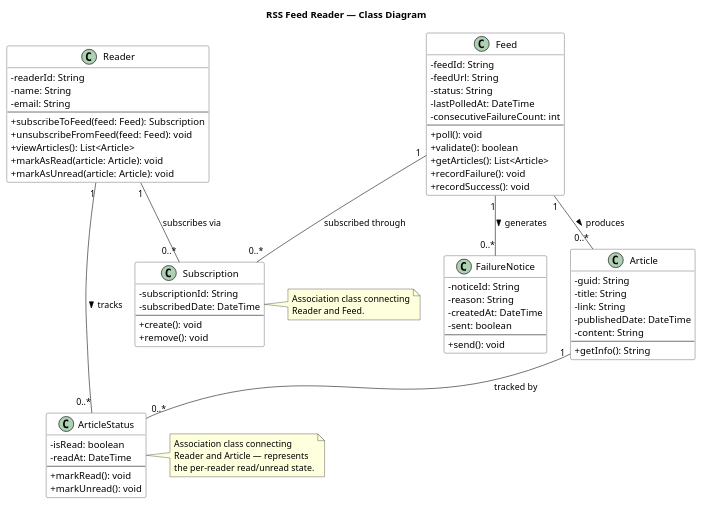
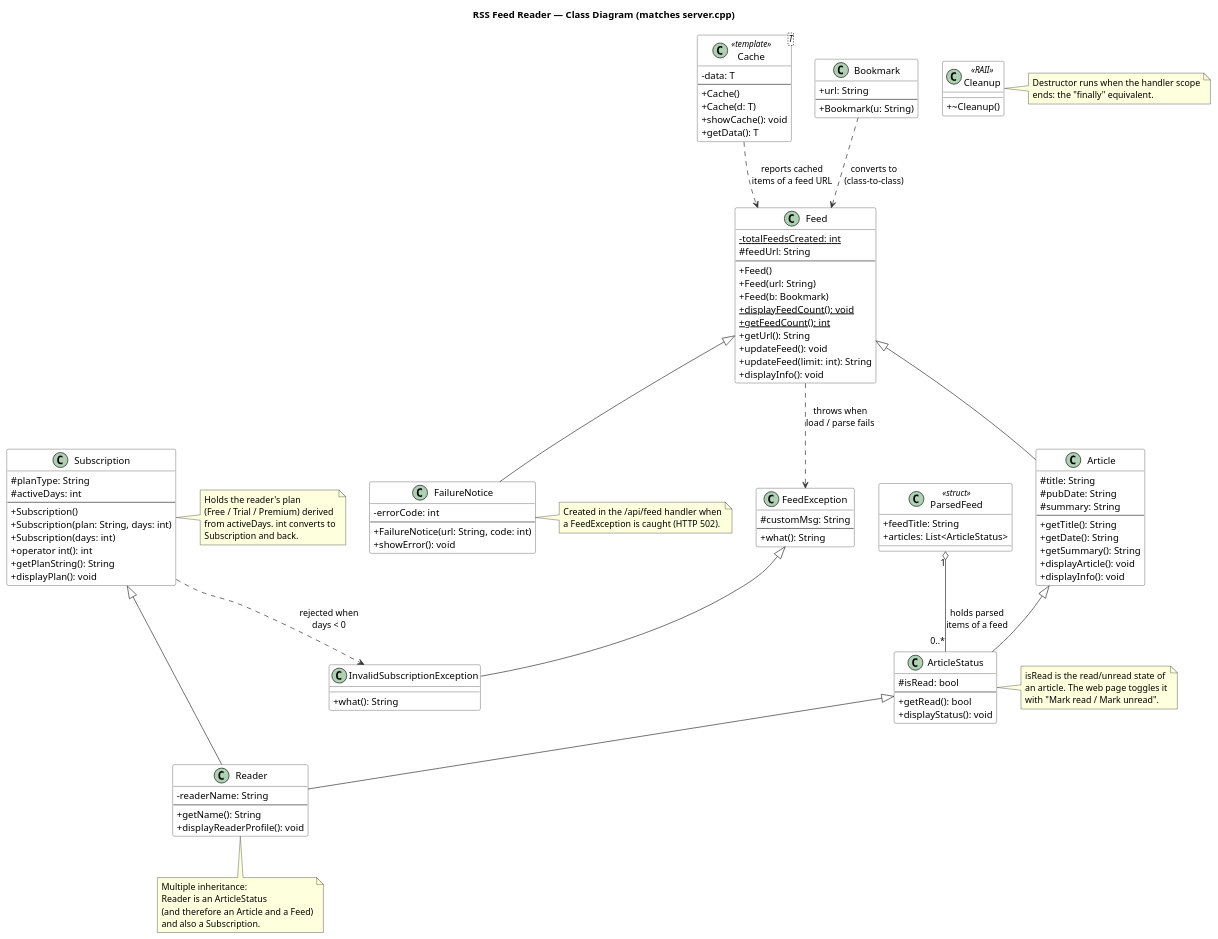
One commit to VPratham-2007/RSS_Feed changed the diagram in class-diagram.puml. Above: the diagram before and after it, drawn with PlantUML. The commit also changed 9 other files, not shown here.

```diff
--- a/class-diagram.puml
+++ b/class-diagram.puml
@@ -1,91 +1,150 @@
 @startuml class-diagram
-title RSS Feed Reader — Class Diagram
+title RSS Feed Reader — Class Diagram (matches server.cpp)
 
 skinparam classAttributeIconSize 0
 skinparam class {
   BackgroundColor White
   BorderColor #333333
   ArrowColor #333333
 }
 
-class Reader {
-  -readerId: String
-  -name: String
-  -email: String
+class "Cache<T>" as Cache <<template>> {
+  -data: T
   --
-  +subscribeToFeed(feed: Feed): Subscription
-  +unsubscribeFromFeed(feed: Feed): void
-  +viewArticles(): List<Article>
-  +markAsRead(article: Article): void
-  +markAsUnread(article: Article): void
+  +Cache()
+  +Cache(d: T)
+  +showCache(): void
+  +getData(): T
+}
+
+class Bookmark {
+  +url: String
+  --
+  +Bookmark(u: String)
 }
 
 class Feed {
-  -feedId: String
-  -feedUrl: String
-  -status: String
-  -lastPolledAt: DateTime
-  -consecutiveFailureCount: int
+  -{static} totalFeedsCreated: int
+  #feedUrl: String
   --
-  +poll(): void
-  +validate(): boolean
-  +getArticles(): List<Article>
-  +recordFailure(): void
-  +recordSuccess(): void
+  +Feed()
+  +Feed(url: String)
+  +Feed(b: Bookmark)
+  +{static} displayFeedCount(): void
+  +{static} getFeedCount(): int
+  +getUrl(): String
+  +updateFeed(): void
+  +updateFeed(limit: int): String
+  +displayInfo(): void
 }
 
 class Subscription {
-  -subscriptionId: String
-  -subscribedDate: DateTime
+  #planType: String
+  #activeDays: int
   --
-  +create(): void
-  +remove(): void
+  +Subscription()
+  +Subscription(plan: String, days: int)
+  +Subscription(days: int)
+  +operator int(): int
+  +getPlanString(): String
+  +displayPlan(): void
 }
 
 class Article {
-  -guid: String
-  -title: String
-  -link: String
-  -publishedDate: DateTime
-  -content: String
+  #title: String
+  #pubDate: String
+  #summary: String
   --
-  +getInfo(): String
+  +getTitle(): String
+  +getDate(): String
+  +getSummary(): String
+  +displayArticle(): void
+  +displayInfo(): void
 }
 
 class ArticleStatus {
-  -isRead: boolean
-  -readAt: DateTime
+  #isRead: bool
   --
-  +markRead(): void
-  +markUnread(): void
+  +getRead(): bool
+  +displayStatus(): void
 }
 
 class FailureNotice {
-  -noticeId: String
-  -reason: String
-  -createdAt: DateTime
-  -sent: boolean
+  -errorCode: int
   --
-  +send(): void
+  +FailureNotice(url: String, code: int)
+  +showError(): void
 }
 
-' --- Associations ---
-Reader   "1" -- "0..*" Subscription : subscribes via
-Feed     "1" -- "0..*" Subscription : subscribed through
-Feed     "1" -- "0..*" Article      : produces >
-Reader   "1" -- "0..*" ArticleStatus : tracks >
-Article  "1" -- "0..*" ArticleStatus : tracked by
-Feed     "1" -- "0..*" FailureNotice : generates >
+class Reader {
+  -readerName: String
+  --
+  +getName(): String
+  +displayReaderProfile(): void
+}
+
+class FeedException {
+  #customMsg: String
+  --
+  +what(): String
+}
+
+class InvalidSubscriptionException {
+  +what(): String
+}
+
+class Cleanup <<RAII>> {
+  +~Cleanup()
+}
+
+class ParsedFeed <<struct>> {
+  +feedTitle: String
+  +articles: List<ArticleStatus>
+}
+
+' --- Inheritance (as implemented) ---
+Feed <|-- Article
+Feed <|-- FailureNotice
+Article <|-- ArticleStatus
+ArticleStatus <|-- Reader
+Subscription <|-- Reader
+FeedException <|-- InvalidSubscriptionException
+
+' --- Associations / dependencies ---
+Bookmark ..> Feed : converts to\n(class-to-class)
+ParsedFeed "1" o-- "0..*" ArticleStatus : holds parsed\nitems of a feed
+Feed ..> FeedException : throws when\nload / parse fails
+Subscription ..> InvalidSubscriptionException : rejected when\ndays < 0
+Cache ..> Feed : reports cached\nitems of a feed URL
 
 note right of Subscription
-  Association class connecting
-  Reader and Feed.
+  Holds the reader's plan
+  (Free / Trial / Premium) derived
+  from activeDays. int converts to
+  Subscription and back.
+end note
+
+note bottom of Reader
+  Multiple inheritance:
+  Reader is an ArticleStatus
+  (and therefore an Article and a Feed)
+  and also a Subscription.
 end note
 
 note right of ArticleStatus
-  Association class connecting
-  Reader and Article — represents
-  the per-reader read/unread state.
+  isRead is the read/unread state of
+  an article. The web page toggles it
+  with "Mark read / Mark unread".
+end note
+
+note right of FailureNotice
+  Created in the /api/feed handler when
+  a FeedException is caught (HTTP 502).
+end note
+
+note right of Cleanup
+  Destructor runs when the handler scope
+  ends: the "finally" equivalent.
 end note
 
 @enduml
```
